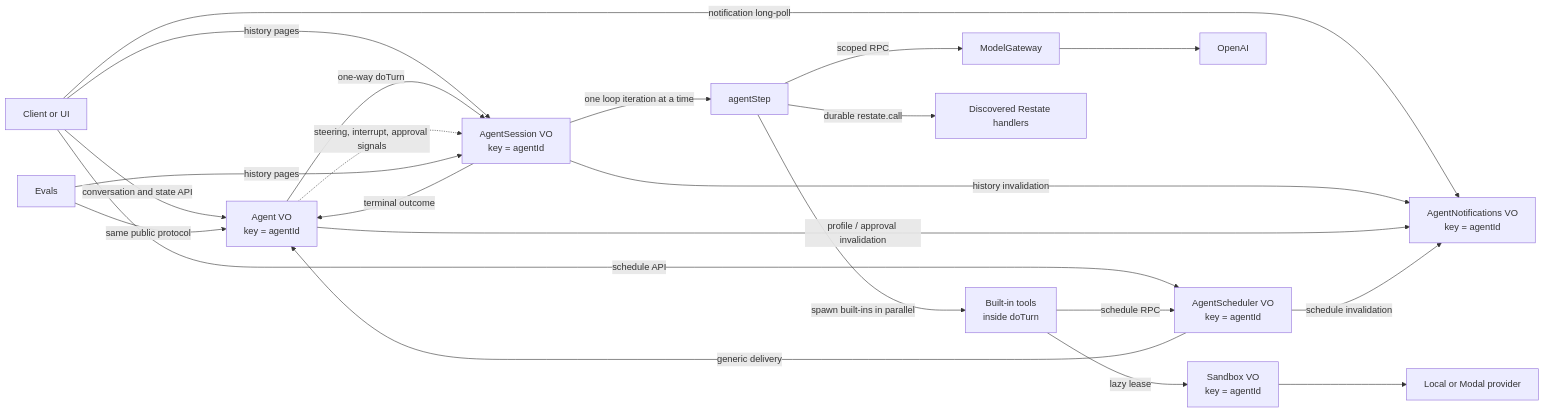
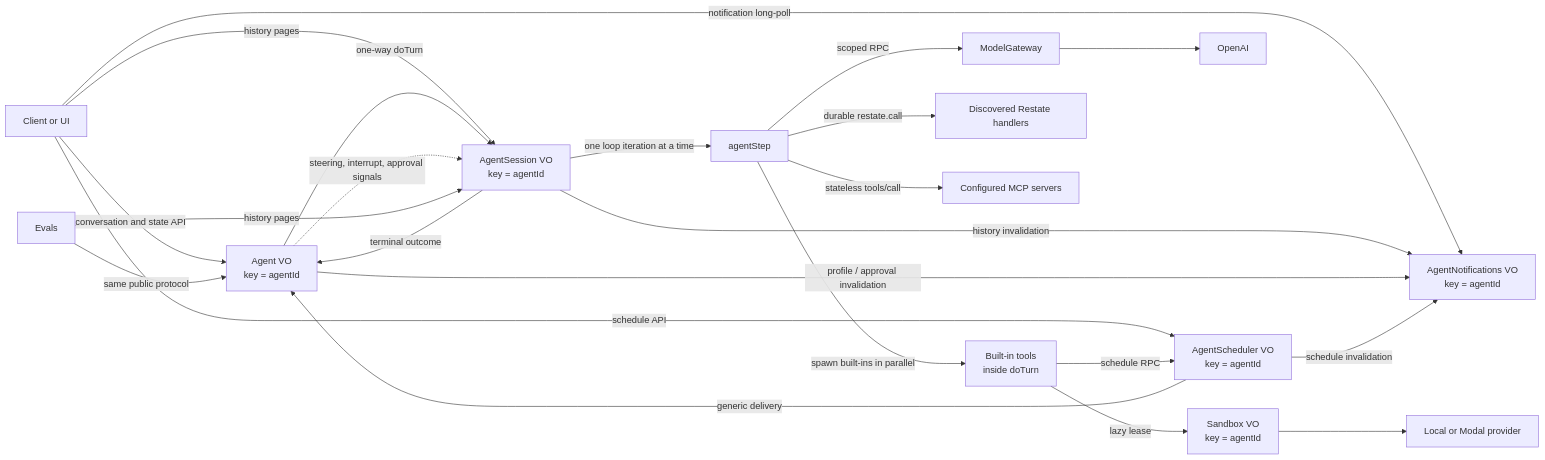
Before and after one commit to restatedev/agent: the diagram in docs/README.md, drawn with Mermaid. The commit also changed other lines of this file and 12 other files, not shown here.

Commit message:
feat(core): add stateless MCP tool support

````diff
--- a/docs/README.md
+++ b/docs/README.md
@@ -36,24 +37,25 @@
 ```mermaid
 flowchart LR
   C["Client or UI"] -->|"conversation and state API"| A["Agent VO\nkey = agentId"]
   C -->|"history pages"| S["AgentSession VO\nkey = agentId"]
   C -->|"notification long-poll"| N["AgentNotifications VO\nkey = agentId"]
   C -->|"schedule API"| Q["AgentScheduler VO\nkey = agentId"]
   A -->|"one-way doTurn"| S
   A -.->|"steering, interrupt, approval signals"| S
   S -->|"one loop iteration at a time"| Step["agentStep"]
   Step -->|"scoped RPC"| G["ModelGateway"]
   G --> O["OpenAI"]
   Step -->|"spawn built-ins in parallel"| B["Built-in tools\ninside doTurn"]
   Step -->|"durable restate.call"| D["Discovered Restate handlers"]
+  Step -->|"stateless tools/call"| M["Configured MCP servers"]
   B -->|"schedule RPC"| Q
   B -->|"lazy lease"| X["Sandbox VO\nkey = agentId"]
   X --> P["Local or Modal provider"]
   S -->|"history invalidation"| N
   A -->|"profile / approval invalidation"| N
   Q -->|"schedule invalidation"| N
   Q -->|"generic delivery"| A
   S -->|"terminal outcome"| A
   E["Evals"] -->|"same public protocol"| A
   E -->|"history pages"| S
 ```
````
